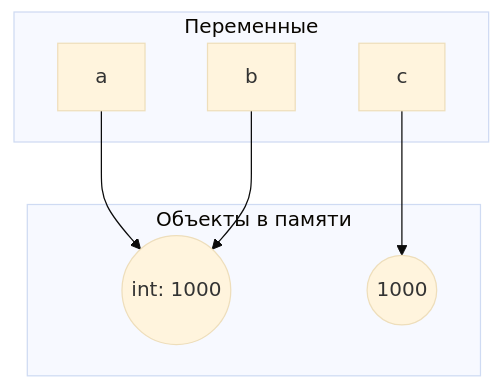
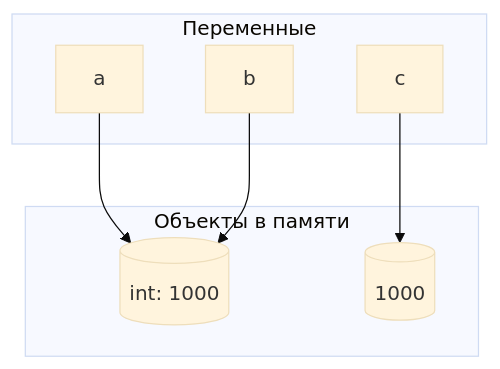
Before and after one commit to atsa-tech/Programming-Basic.-Lab-Work: the first of 2 diagrams in lab1/REPORT.md, drawn with Mermaid (base theme). The commit also changed other lines of this file, not shown here.

````diff
--- a/lab1/REPORT.md
+++ b/lab1/REPORT.md
@@ -26,17 +26,17 @@
 ```mermaid
 graph TD
     subgraph Переменные
         name_a[a]
         name_b[b]
         name_c[c]
     end
 
     subgraph Объекты в памяти
-        obj_1((int: 1000))
-        obj_2((1000))
+        obj_1[(int: 1000)]
+        obj_2[(1000)]
     end
 
     name_a --> obj_1
     name_b --> obj_1
     name_c --> obj_2
 ```
````
